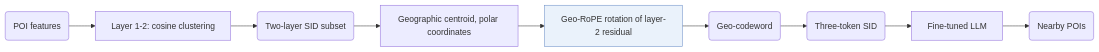
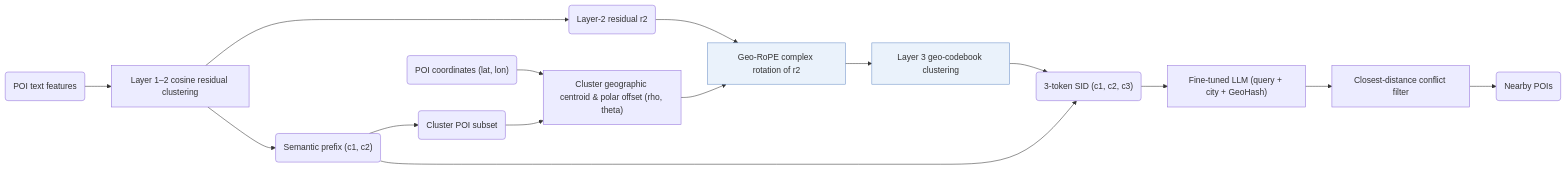
The diagram in notes/progeo.md (Galaxy-ghost/Awesome-SID-Generative-Rec), drawn with Mermaid before and after one commit. The commit also changed other lines of this file and 649 other files, not shown here.

Commit message:
writer-05: also tags and modality index (schema, check, build, visuals); summary field removed; calibration data for 12 papers

````diff
--- a/notes/progeo.md
+++ b/notes/progeo.md
@@ -15,12 +16,18 @@
 ```mermaid
 flowchart LR
-    A("POI features") --> B["Layer 1-2: cosine clustering"]
-    B --> C("Two-layer SID subset")
-    C --> D["Geographic centroid, polar coordinates"]
-    D --> E["Geo-RoPE rotation of layer-2 residual"]:::key
-    E --> F("Geo-codeword")
-    F --> G("Three-token SID")
-    G --> H["Fine-tuned LLM"]
-    H --> I("Nearby POIs")
+    A("POI text features") --> B["Layer 1–2 cosine residual clustering"]
+    B --> C("Semantic prefix (c1, c2)")
+    B --> R("Layer-2 residual r2")
+    C --> S("Cluster POI subset")
+    L("POI coordinates (lat, lon)") --> D["Cluster geographic centroid & polar offset (rho, theta)"]
+    S --> D
+    R --> E["Geo-RoPE complex rotation of r2"]:::key
+    D --> E
+    E --> F["Layer 3 geo-codebook clustering"]:::key
+    F --> G("3-token SID (c1, c2, c3)")
+    C --> G
+    G --> H["Fine-tuned LLM (query + city + GeoHash)"]
+    H --> I["Closest-distance conflict filter"]
+    I --> J("Nearby POIs")
     classDef key fill:#eaf2fb,stroke:#6b8fc7
 ```
````
